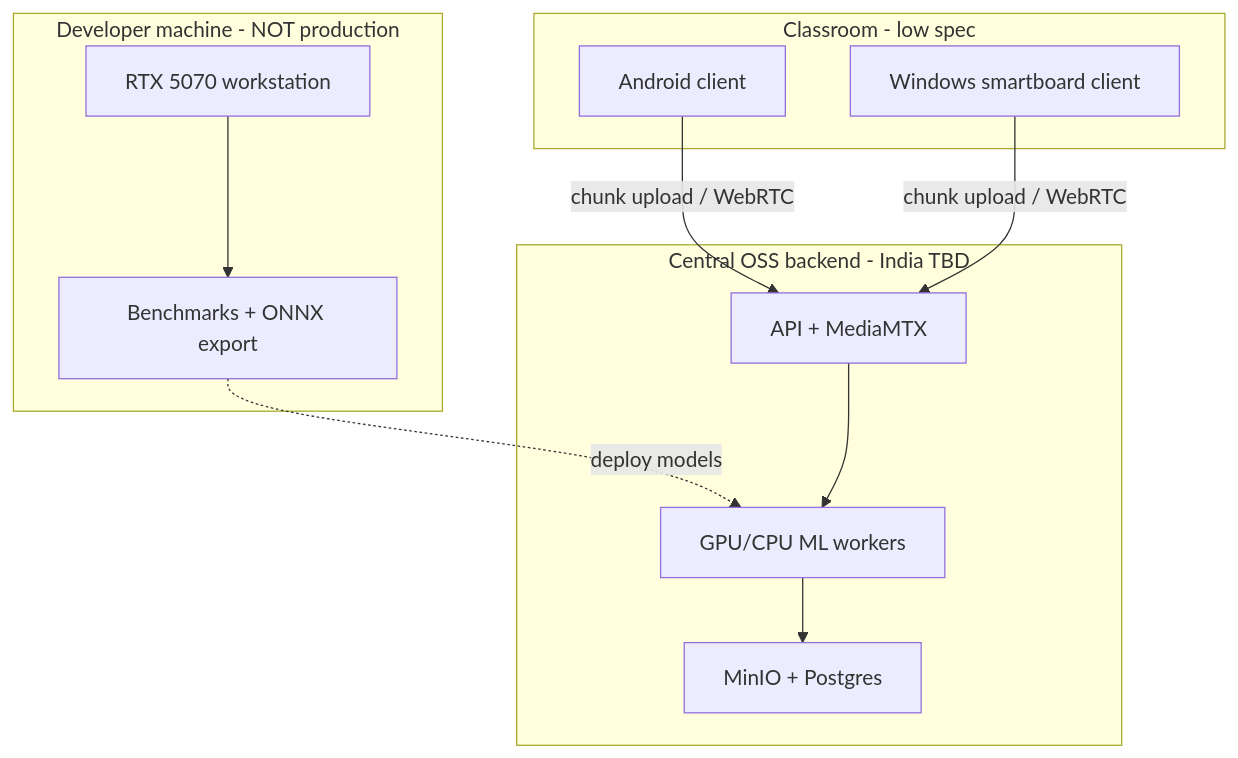
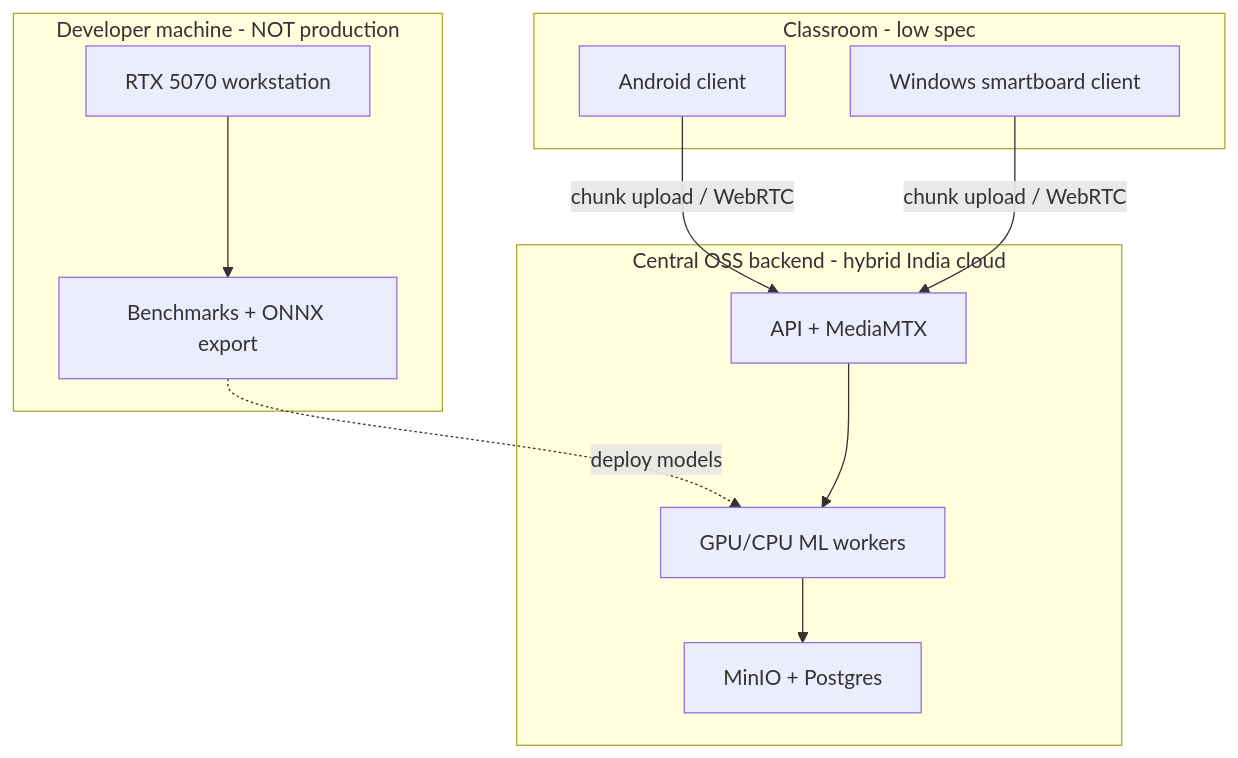
One commit to NITISH-R-G/PedagogyX changed the diagram in docs/05-architecture/PRODUCTION_CLIENT_SPEC.md. Above: the diagram before and after it, drawn with Mermaid. The commit also changed other lines of this file and 6 other files, not shown here.

````diff
--- a/docs/05-architecture/PRODUCTION_CLIENT_SPEC.md
+++ b/docs/05-architecture/PRODUCTION_CLIENT_SPEC.md
@@ -10,23 +23,23 @@
 ```mermaid
 flowchart TB
     subgraph dev [Developer machine - NOT production]
         DEV[RTX 5070 workstation]
         DEV --> BENCH[Benchmarks + ONNX export]
     end
 
     subgraph classroom [Classroom - low spec]
         A[Android client]
         W[Windows smartboard client]
     end
 
-    subgraph central [Central OSS backend - India TBD]
+    subgraph central [Central OSS backend - hybrid India cloud]
         API[API + MediaMTX]
         WORKERS[GPU/CPU ML workers]
         STORE[MinIO + Postgres]
     end
 
     BENCH -.->|deploy models| WORKERS
     A -->|chunk upload / WebRTC| API
     W -->|chunk upload / WebRTC| API
     API --> WORKERS --> STORE
 ```
````
